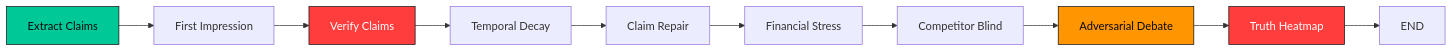
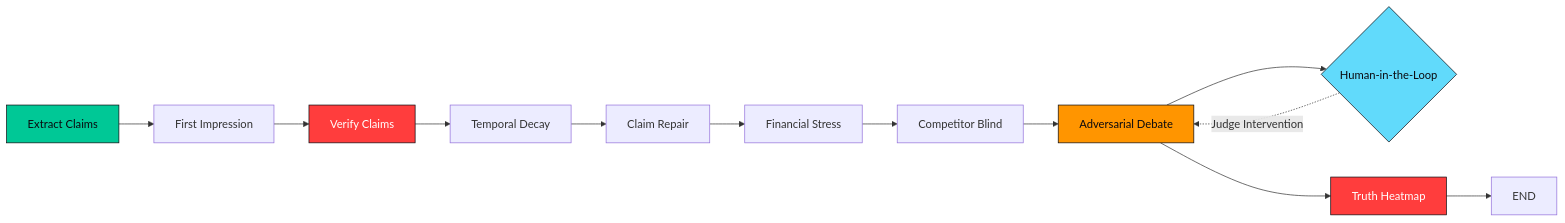
The first of 2 diagrams in README.md (aadithya12ctrl/BluffBuster), drawn with Mermaid before and after one commit. The commit also changed other lines of this file and 8 other files, not shown here.

Commit message:
feat(ui): resolve dashboard crashes, add retro snake animation, and update README diagrams

````diff
--- a/README.md
+++ b/README.md
@@ -197,17 +197,20 @@
 ```mermaid
 graph LR
     A["Extract Claims"] --> B["First Impression"]
     B --> C["Verify Claims"]
     C --> D["Temporal Decay"]
     D --> E["Claim Repair"]
     E --> F["Financial Stress"]
     F --> G["Competitor Blind"]
     G --> H["Adversarial Debate"]
+    H --> HITL{"Human-in-the-Loop"}
+    HITL -. "Judge Intervention" .-> H
     H --> I["Truth Heatmap"]
     I --> J["END"]
 
     style A fill:#00C896,stroke:#0A0A0F,color:#0A0A0F
     style C fill:#FF3D3D,stroke:#0A0A0F,color:#fff
     style H fill:#FF9500,stroke:#0A0A0F,color:#0A0A0F
+    style HITL fill:#61DAFB,stroke:#0A0A0F,color:#0A0A0F
     style I fill:#FF3D3D,stroke:#0A0A0F,color:#fff
 ```
````
